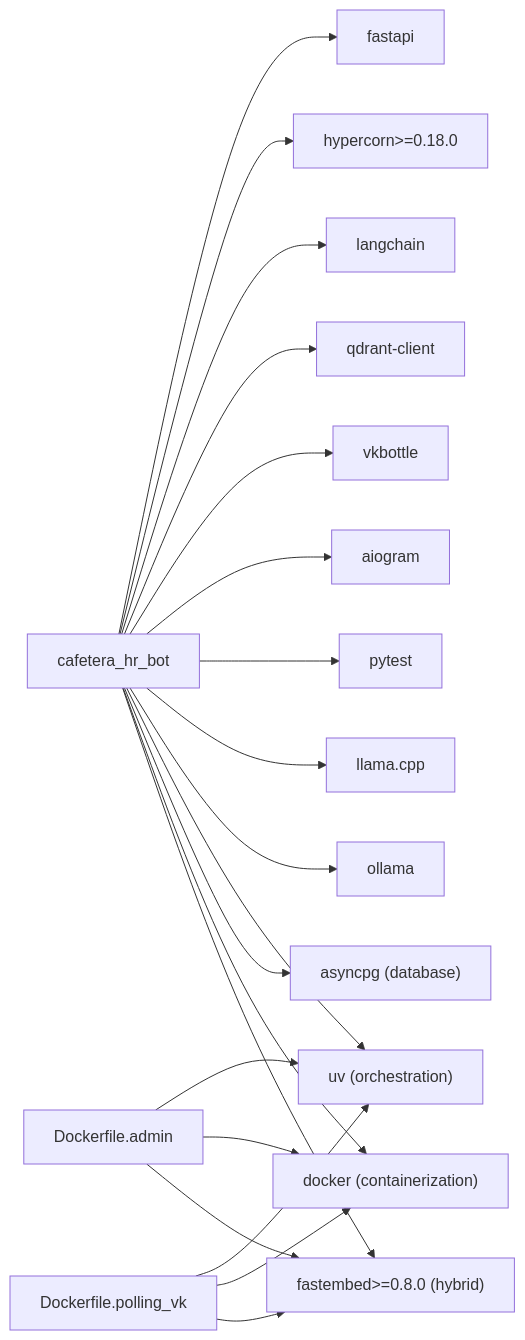
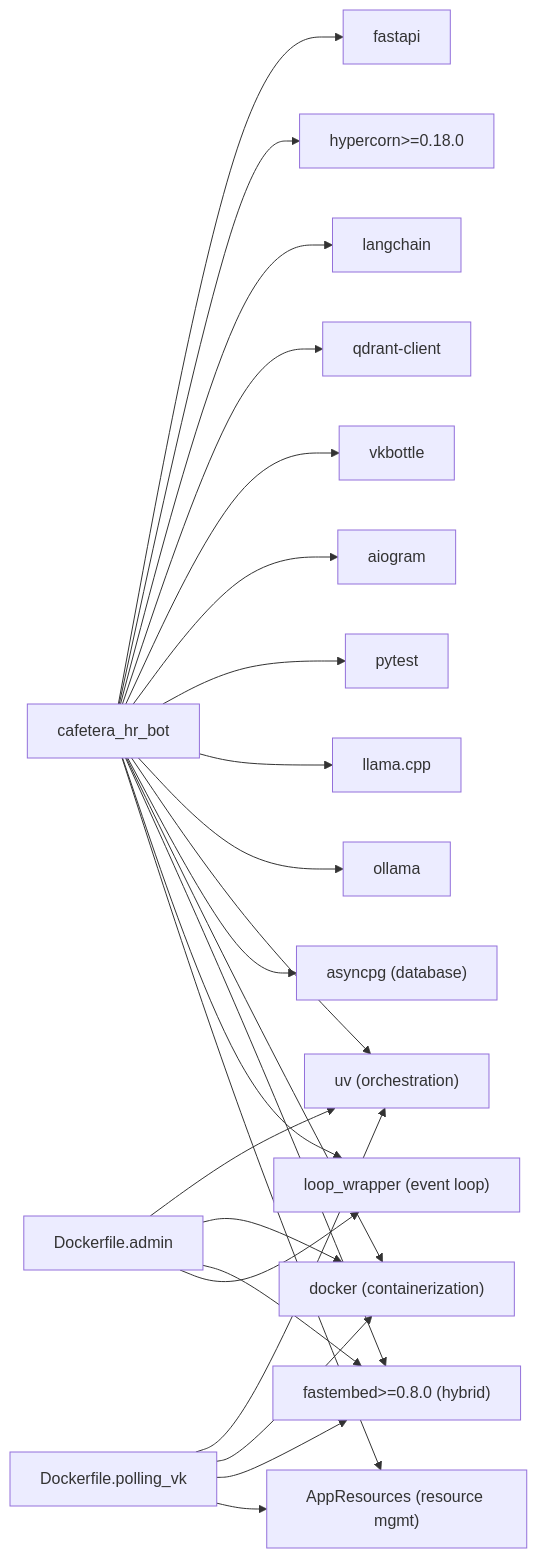
Before and after one commit to ognelis/cafetera_hr_bot: diagram 22 of 23 in .qoder/repowiki/en/content/Deployment and Operations.md, drawn with Mermaid. The commit also changed other lines of this file and 12 other files, not shown here.

````diff
--- a/.qoder/repowiki/en/content/Deployment and Operations.md
+++ b/.qoder/repowiki/en/content/Deployment and Operations.md
@@ -791,38 +907,44 @@
 ```mermaid
 graph LR
 App["cafetera_hr_bot"]
 FastAPI["fastapi"]
 Hypercorn["hypercorn>=0.18.0"]
 LangChain["langchain"]
 QdrantClient["qdrant-client"]
 VK["vkbottle"]
 Telegram["aiogram"]
 Tests["pytest"]
 LlamaCpp["llama.cpp"]
 Ollama["ollama"]
 Uv["uv (orchestration)"]
 PostgreSQL["asyncpg (database)"]
 Docker["docker (containerization)"]
 FastEmbed["fastembed>=0.8.0 (hybrid)"]
+LoopWrapper["loop_wrapper (event loop)"]
+AppResources["AppResources (resource mgmt)"]
 AdminDocker["Dockerfile.admin"]
 VKDocker["Dockerfile.polling_vk"]
 App --> FastAPI
 App --> Hypercorn
 App --> LangChain
 App --> QdrantClient
 App --> VK
 App --> Telegram
 App --> Tests
 App --> LlamaCpp
 App --> Ollama
 App --> Uv
 App --> PostgreSQL
 App --> Docker
 App --> FastEmbed
+App --> LoopWrapper
+App --> AppResources
 AdminDocker --> Uv
 VKDocker --> Uv
 AdminDocker --> Docker
 VKDocker --> Docker
 AdminDocker --> FastEmbed
 VKDocker --> FastEmbed
+AdminDocker --> LoopWrapper
+VKDocker --> AppResources
 ```
````
